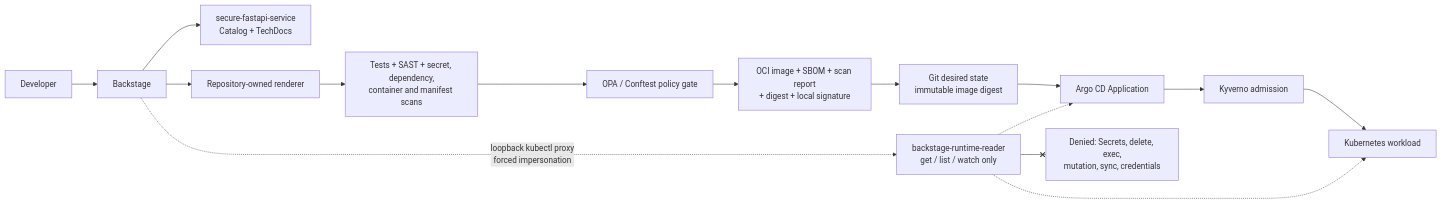
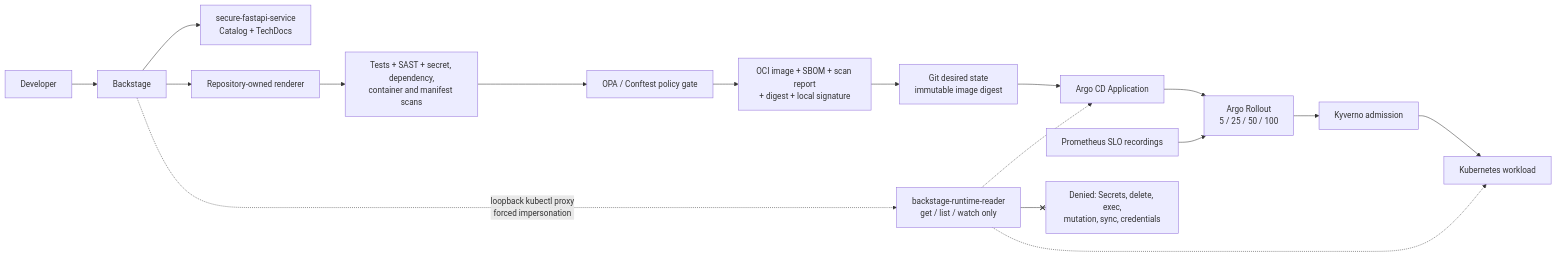
One commit to SecureCloudOps/ForgePath changed the diagram in docs/ARCHITECTURE.md. Above: the diagram before and after it, drawn with Mermaid. The commit also changed other lines of this file and 35 other files, not shown here.

````diff
--- a/docs/ARCHITECTURE.md
+++ b/docs/ARCHITECTURE.md
@@ -7,20 +7,22 @@
 ```mermaid
 flowchart LR
   developer["Developer"] --> backstage["Backstage"]
   backstage --> catalog["secure-fastapi-service<br/>Catalog + TechDocs"]
   backstage --> renderer["Repository-owned renderer"]
   renderer --> validation["Tests + SAST + secret, dependency,<br/>container and manifest scans"]
   validation --> policy["OPA / Conftest policy gate"]
   policy --> artifact["OCI image + SBOM + scan report<br/>+ digest + local signature"]
   artifact --> git["Git desired state<br/>immutable image digest"]
   git --> argocd["Argo CD Application"]
-  argocd --> kyverno["Kyverno admission"]
+  argocd --> rollout["Argo Rollout<br/>5 / 25 / 50 / 100"]
+  prometheus["Prometheus SLO recordings"] --> rollout
+  rollout --> kyverno["Kyverno admission"]
   kyverno --> workload["Kubernetes workload"]
 
   reader["backstage-runtime-reader<br/>get / list / watch only"] -.-> workload
   reader -.-> argocd
   backstage -. "loopback kubectl proxy<br/>forced impersonation" .-> reader
 
   denied["Denied: Secrets, delete, exec,<br/>mutation, sync, credentials"]
   reader --x denied
 ```
````
